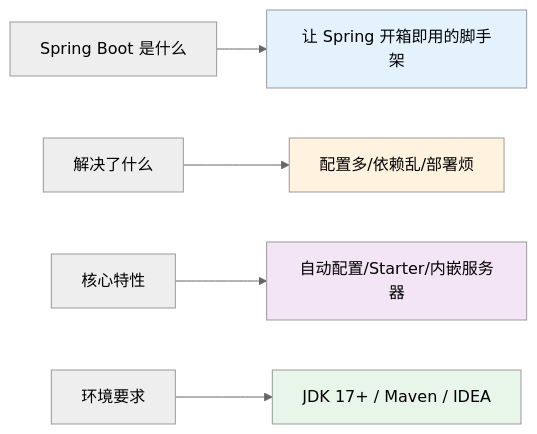
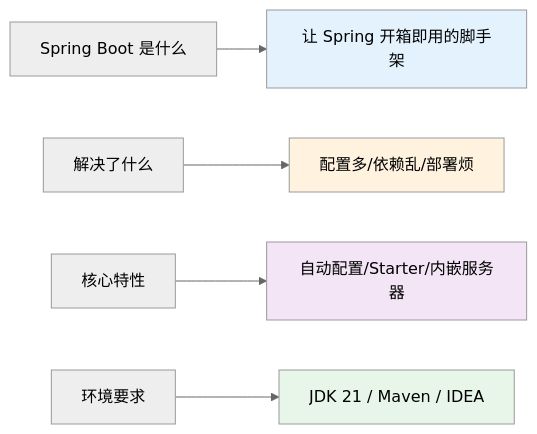
Before and after one commit to zerioo1970/summary: the sixth of 6 diagrams in spring-boot-3.5-学习资料/01-SpringBoot简介与环境搭建.md, drawn with Mermaid (neutral theme). The commit also changed other lines of this file and 5 other files, not shown here.

````diff
--- a/spring-boot-3.5-学习资料/01-SpringBoot简介与环境搭建.md
+++ b/spring-boot-3.5-学习资料/01-SpringBoot简介与环境搭建.md
@@ -177,12 +177,12 @@
 ```mermaid
 flowchart LR
     A[Spring Boot 是什么] --> A1[让 Spring 开箱即用的脚手架]
     B[解决了什么] --> B1[配置多/依赖乱/部署烦]
     C[核心特性] --> C1[自动配置/Starter/内嵌服务器]
-    D[环境要求] --> D1[JDK 17+ / Maven / IDEA]
+    D[环境要求] --> D1[JDK 21 / Maven / IDEA]
 
     style A1 fill:#e3f2fd
     style B1 fill:#fff3e0
     style C1 fill:#f3e5f5
     style D1 fill:#e8f5e9
 ```
````
